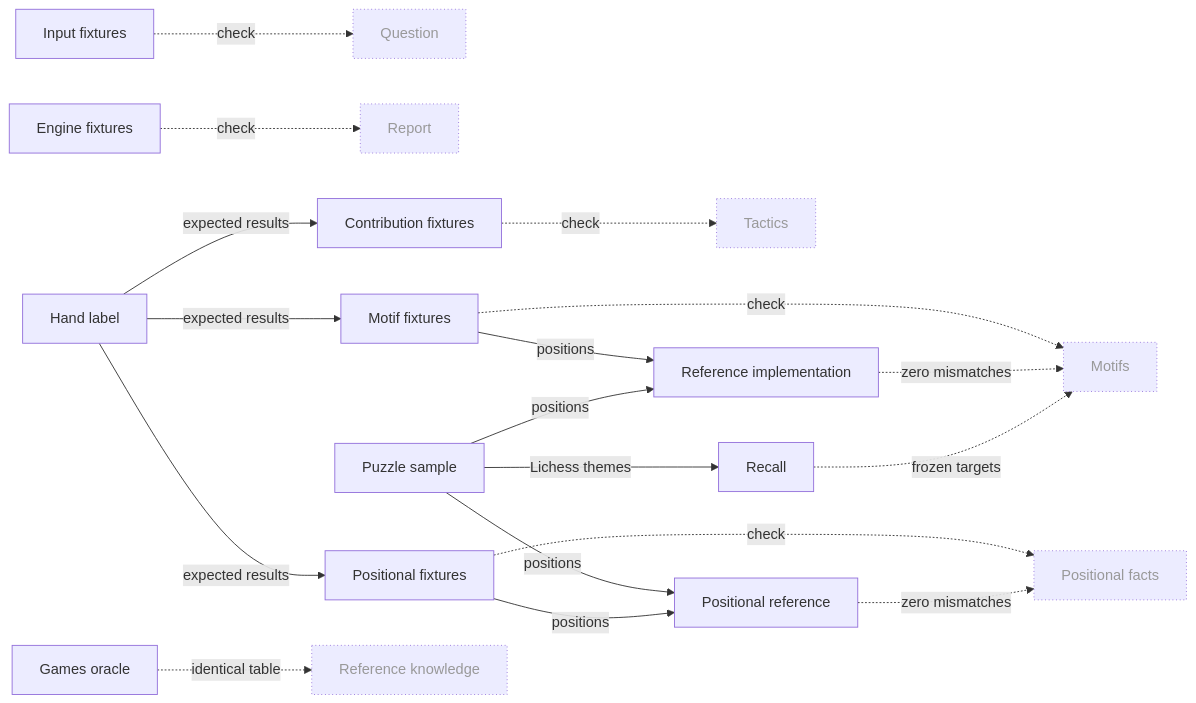
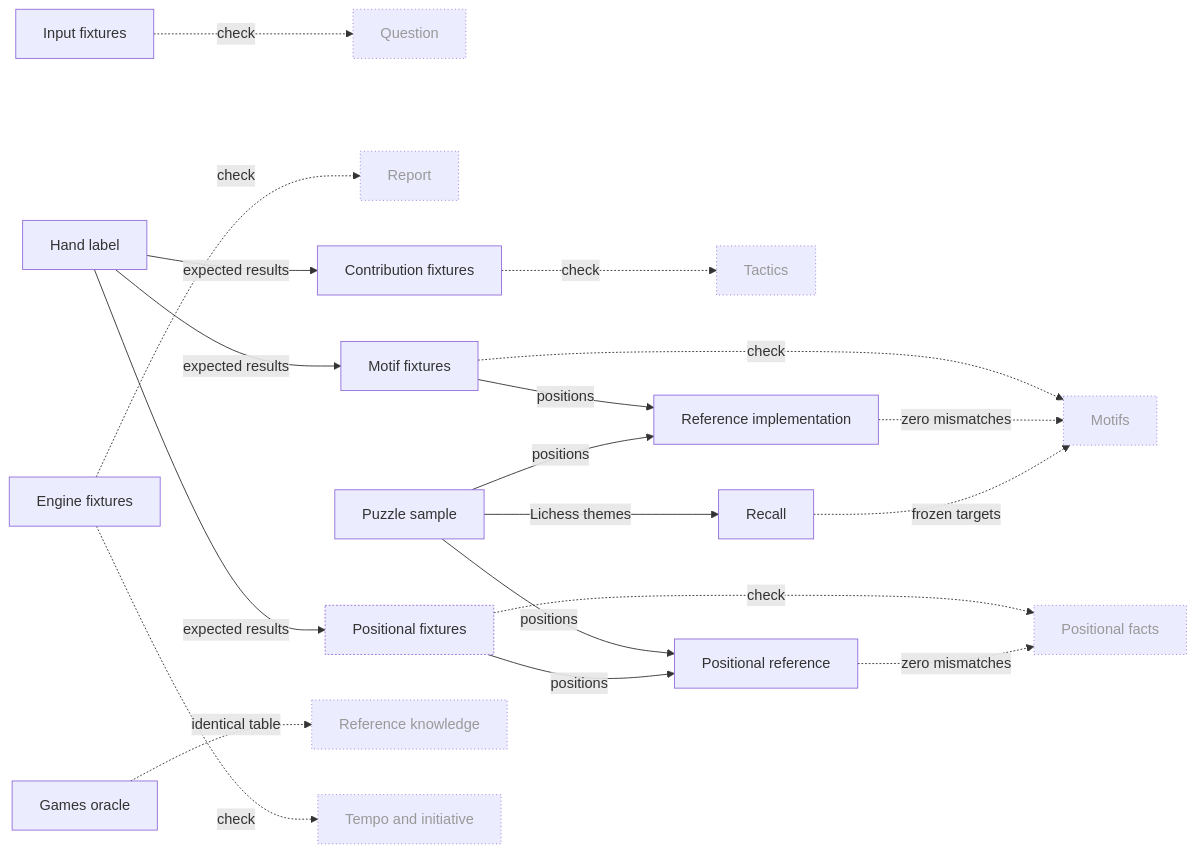
Before and after one commit to aurja/ChessWhy: diagram 13 of 25 in Planning/DBC/CONCEPTS.md, drawn with Mermaid. The commit also changed other lines of this file and 3 other files, not shown here.

````diff
--- a/Planning/DBC/CONCEPTS.md
+++ b/Planning/DBC/CONCEPTS.md
@@ -558,37 +663,39 @@
 ```mermaid
 flowchart LR
     Question["Question"]
     Motifs["Motifs"]
     Tactics["Tactics"]
     Report["Report"]
     HandLabel["Hand label"]
     EngineFixtures["Engine fixtures"]
     InputFixtures["Input fixtures"]
     MotifFixtures["Motif fixtures"]
     ContributionFixtures["Contribution fixtures"]
     ReferenceImplementation["Reference implementation"]
     PuzzleSample["Puzzle sample"]
     Recall["Recall"]
     PositionalFixtures["Positional fixtures"]
     PositionalReference["Positional reference"]
     GamesOracle["Games oracle"]
     Positional["Positional facts"]
     Reference["Reference knowledge"]
+    Tempo["Tempo and initiative"]
     HandLabel -->|expected results| MotifFixtures & ContributionFixtures & PositionalFixtures
     PuzzleSample & PositionalFixtures -->|positions| PositionalReference
     PositionalFixtures -.->|check| Positional
     PositionalReference -.->|zero mismatches| Positional
     GamesOracle -.->|identical table| Reference
     MotifFixtures & PuzzleSample -->|positions| ReferenceImplementation
     PuzzleSample -->|Lichess themes| Recall
-    EngineFixtures -.->|check| Report
+    EngineFixtures -.->|check| Report & Tempo
     InputFixtures -.->|check| Question
     MotifFixtures -.->|check| Motifs
     ReferenceImplementation -.->|zero mismatches| Motifs
     Recall -.->|frozen targets| Motifs
     ContributionFixtures -.->|check| Tactics
     classDef planned stroke-dasharray:6 4,color:#888
     classDef partial stroke-dasharray:2 2
     classDef external stroke-dasharray:1 3,color:#999
-    class Question,Motifs,Tactics,Report,Positional,Reference external
+    class Question,Motifs,Tactics,Report,Positional,Reference,Tempo external
+    class PositionalFixtures partial
 ```
````
